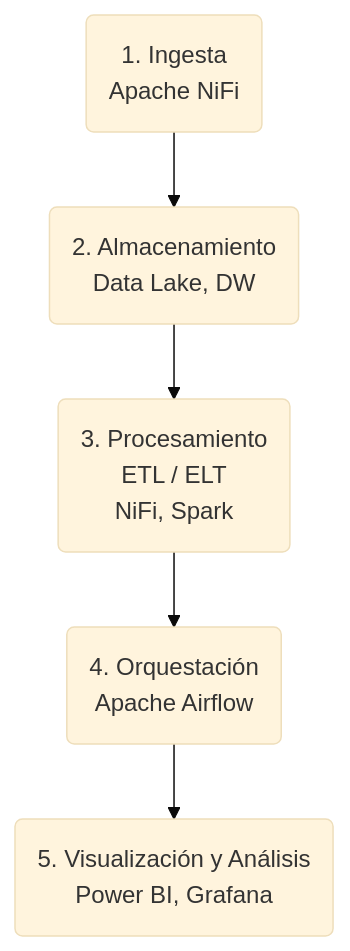
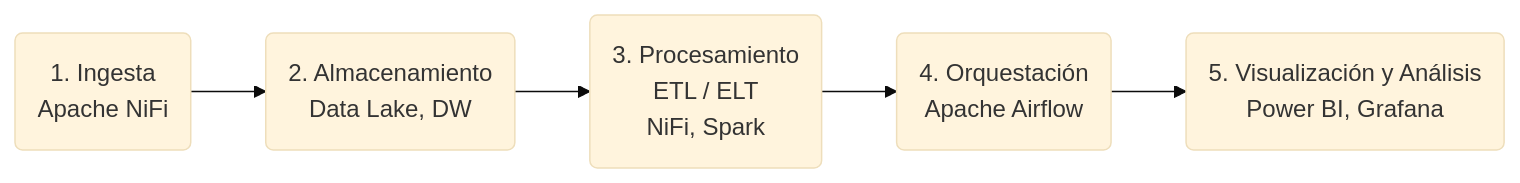
Before and after one commit to luisgarciabonifaz/BDA: the diagram in docs/T_01_Fundamentos_BigData/Fundamentos_BigData.md, drawn with Mermaid (base theme).

Commit message:
Cambio grafico Pipeline

````diff
--- a/docs/T_01_Fundamentos_BigData/Fundamentos_BigData.md
+++ b/docs/T_01_Fundamentos_BigData/Fundamentos_BigData.md
@@ -105,7 +105,7 @@
 ```mermaid
-graph TD;
+graph LR;
     A(1. Ingesta <br> Apache NiFi) --> B(2. Almacenamiento <br> Data Lake, DW);
     B --> C(3. Procesamiento <br> ETL / ELT <br> NiFi, Spark);
     C --> D(4. Orquestación <br> Apache Airflow);
     D --> E(5. Visualización y Análisis <br> Power BI, Grafana);
 ```
````
